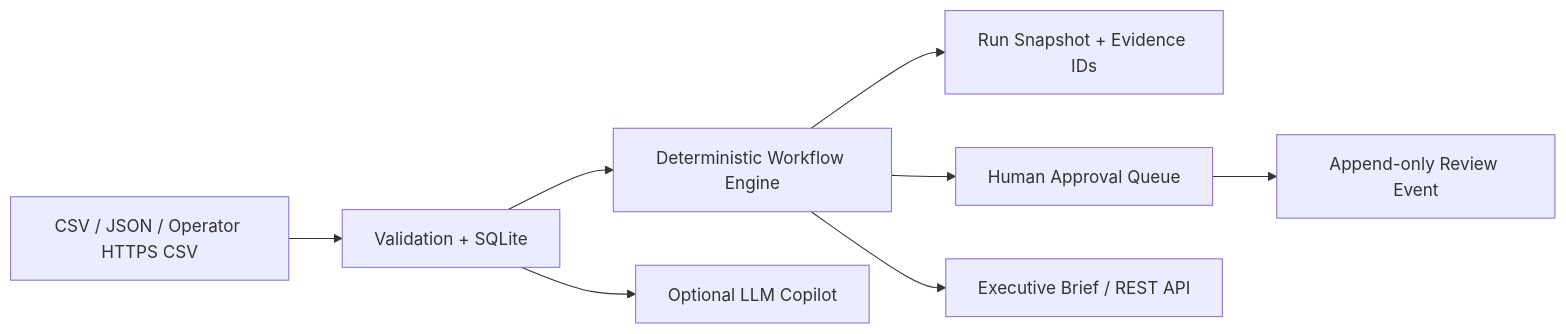
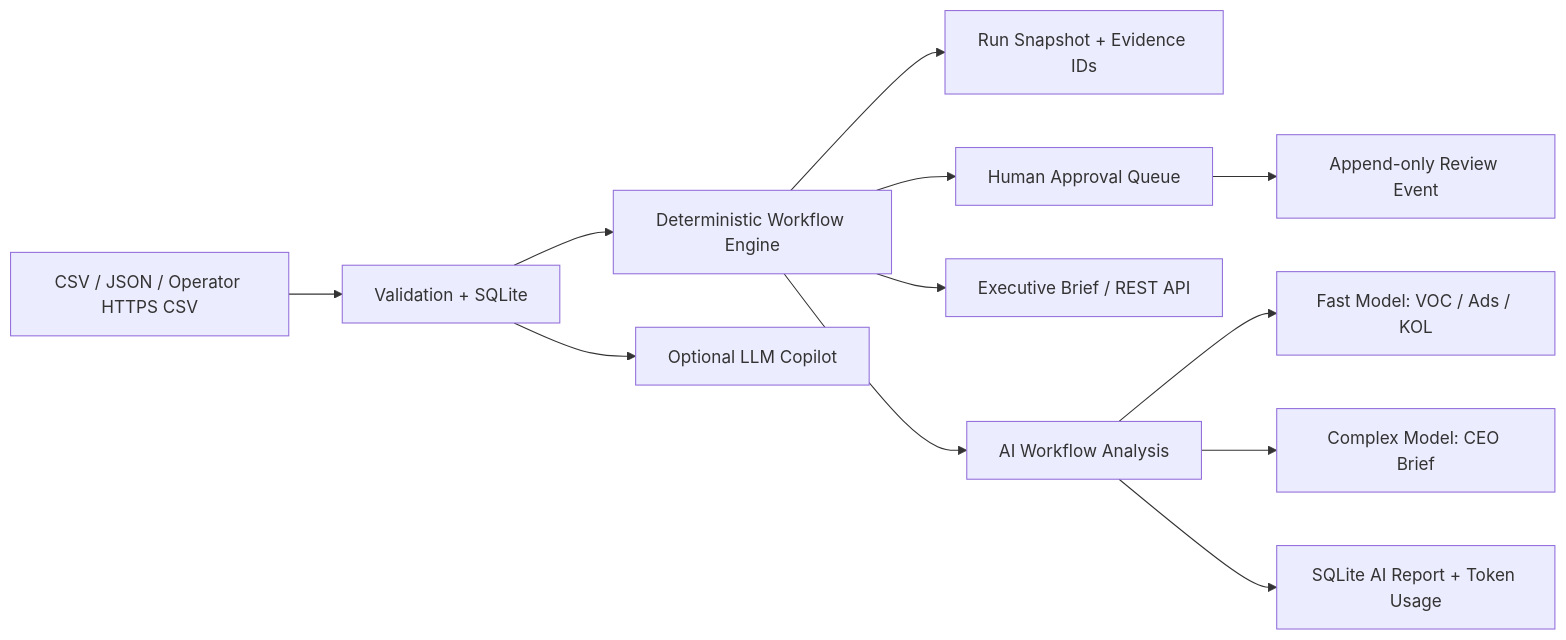
Before and after one commit to df1360awp/agentops-studio: the diagram in docs/ARCHITECTURE.md, drawn with Mermaid. The commit also changed other lines of this file and 8 other files, not shown here.

First line of the commit message:
feat: add dual-model Qwen routing and AI workflow analysis

````diff
--- a/docs/ARCHITECTURE.md
+++ b/docs/ARCHITECTURE.md
@@ -3,10 +3,14 @@
 ```mermaid
 flowchart LR
   A[CSV / JSON / Operator HTTPS CSV] --> B[Validation + SQLite]
   B --> C[Deterministic Workflow Engine]
   C --> D[Run Snapshot + Evidence IDs]
   C --> E[Human Approval Queue]
   E --> F[Append-only Review Event]
   C --> G[Executive Brief / REST API]
-  B --> H[Optional LLM Copilot]
+  C --> H[AI Workflow Analysis]
+  H --> I[Fast Model: VOC / Ads / KOL]
+  H --> J[Complex Model: CEO Brief]
+  H --> K[SQLite AI Report + Token Usage]
+  B --> L[Optional LLM Copilot]
 ```
````
